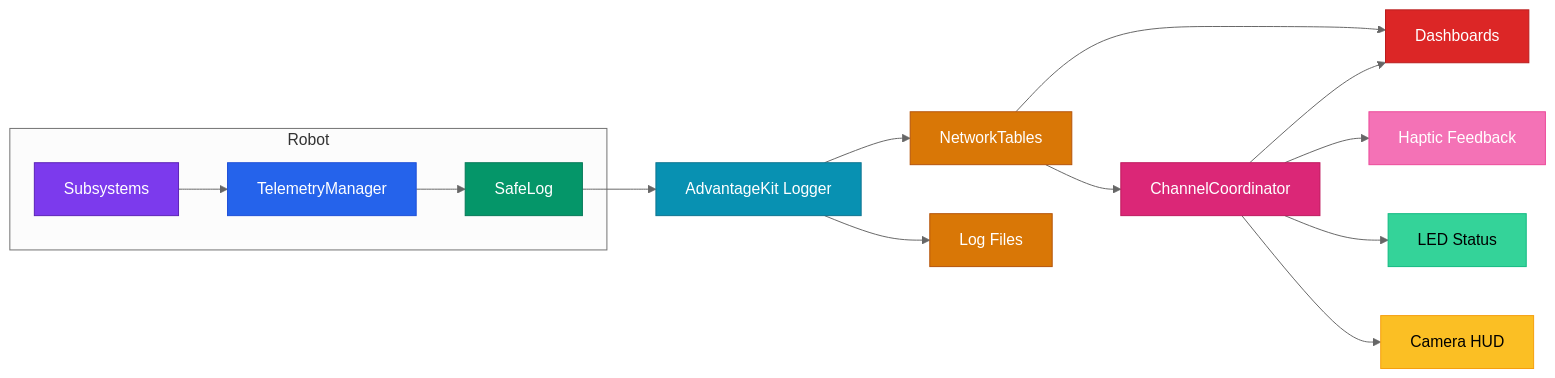
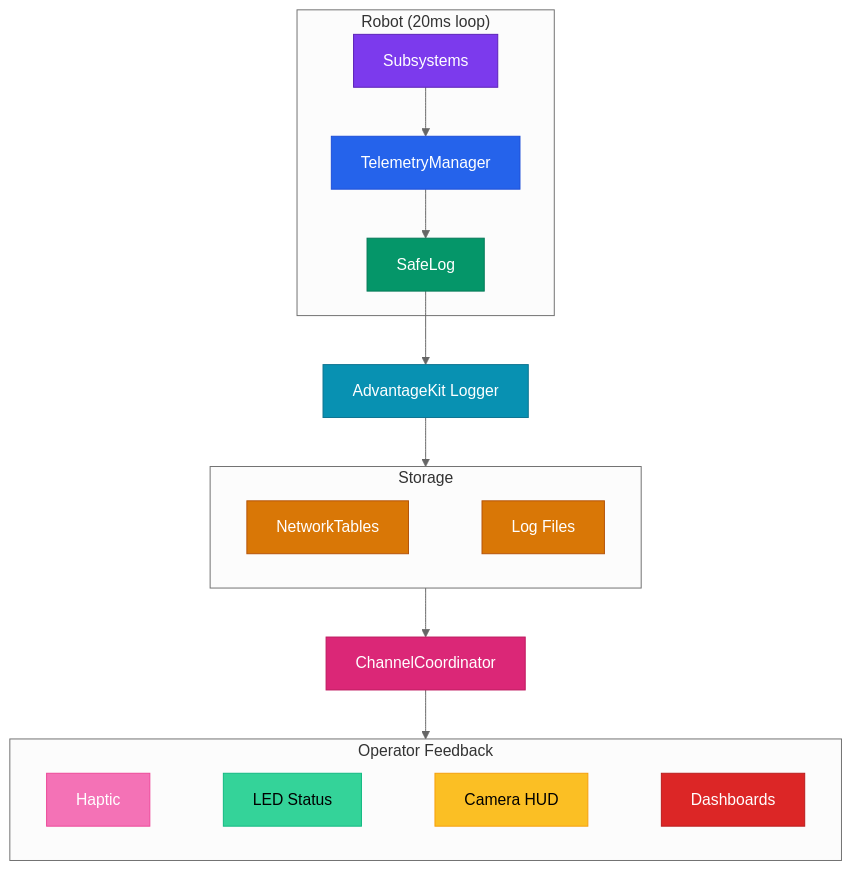
Before and after one commit to eeveemara/frc5962-2026-docs: the second of 2 diagrams in docs/README.md, drawn with Mermaid (neutral theme). The commit also changed other lines of this file and 5 other files, not shown here.

Commit message:
chart clean up

````diff
--- a/docs/README.md
+++ b/docs/README.md
@@ -61,31 +65,36 @@
 ```mermaid
-graph LR
-    subgraph Robot
-        SUB[Subsystems] --> TM[TelemetryManager]
-        TM --> SL[SafeLog]
+flowchart TB
+    subgraph Robot ["Robot (20ms loop)"]
+        SUB[Subsystems] --> TM[TelemetryManager] --> SL[SafeLog]
     end
 
     SL --> AK[AdvantageKit Logger]
-    AK --> NT[NetworkTables]
-    AK --> LOG[Log Files]
 
-    NT --> DASH[Dashboards]
+    subgraph Storage ["Storage"]
+        direction LR
+        NT[NetworkTables] ~~~ LOG[Log Files]
+    end
+
+    AK --> Storage
+
     NT --> CC[ChannelCoordinator]
 
-    CC --> HAP[Haptic Feedback]
-    CC --> LED_OUT[LED Status]
-    CC --> HUD[Camera HUD]
-    CC --> DASH
+    subgraph Feedback ["Operator Feedback"]
+        direction LR
+        HAP[Haptic] ~~~ LED_OUT[LED Status] ~~~ HUD[Camera HUD] ~~~ DASH[Dashboards]
+    end
+
+    CC --> Feedback
 
     style SUB fill:#7c3aed,stroke:#5b21b6,color:#fff
     style TM fill:#2563eb,stroke:#1d4ed8,color:#fff
     style SL fill:#059669,stroke:#047857,color:#fff
     style AK fill:#0891b2,stroke:#0e7490,color:#fff
     style NT fill:#d97706,stroke:#b45309,color:#fff
     style LOG fill:#d97706,stroke:#b45309,color:#fff
     style DASH fill:#dc2626,stroke:#b91c1c,color:#fff
     style CC fill:#db2777,stroke:#be185d,color:#fff
     style HAP fill:#f472b6,stroke:#ec4899,color:#fff
     style LED_OUT fill:#34d399,stroke:#10b981,color:#000
     style HUD fill:#fbbf24,stroke:#f59e0b,color:#000
 ```
````
